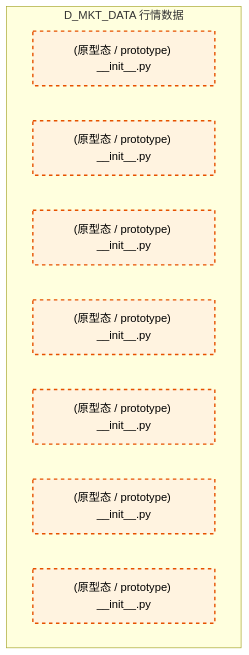
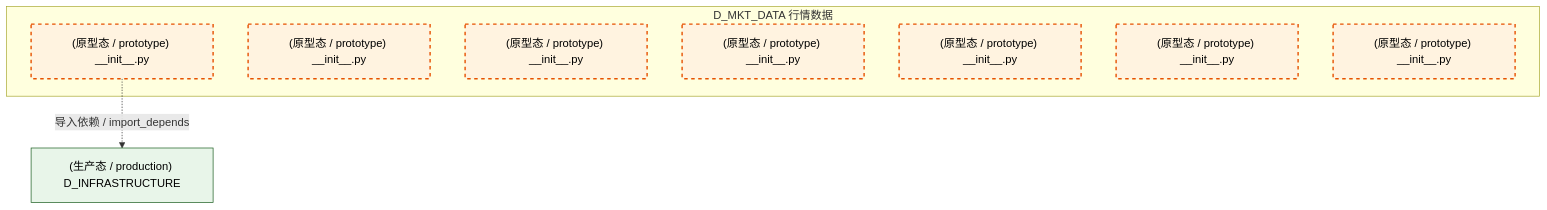
The third of 4 diagrams in docs/02_enterprise_architecture/02_domain_architecture_docs/20_d_mkt_data.md (xuanFelixVan/ZephyrAlpha), drawn with Mermaid before and after one commit. The commit also changed other lines of this file and 126 other files, not shown here.

````diff
--- a/docs/02_enterprise_architecture/02_domain_architecture_docs/20_d_mkt_data.md
+++ b/docs/02_enterprise_architecture/02_domain_architecture_docs/20_d_mkt_data.md
@@ -125,17 +122,20 @@
 ```mermaid
 graph TD
     subgraph D_MKT_DATA["D_MKT_DATA 行情数据"]
         src_zephyr_market_data_init_py["(原型态 / prototype) __init__.py"]
         src_zephyr_market_data_extensions_init_py["(原型态 / prototype) __init__.py"]
         src_zephyr_market_data_api_init_py["(原型态 / prototype) __init__.py"]
         src_zephyr_market_data_core_init_py["(原型态 / prototype) __init__.py"]
         src_zephyr_market_data_infrastructure_init_py["(原型态 / prototype) __init__.py"]
         src_zephyr_market_data_models_init_py["(原型态 / prototype) __init__.py"]
         src_zephyr_market_data_services_init_py["(原型态 / prototype) __init__.py"]
     end
+    D_INFRASTRUCTURE["(生产态 / production) D_INFRASTRUCTURE"]
+    src_zephyr_market_data_init_py -.->|导入依赖 / import_depends| D_INFRASTRUCTURE
     classDef production fill:#e1f5fe,stroke:#01579b,stroke-width:2px,color:#000
     classDef design fill:#fff3e0,stroke:#e65100,stroke-width:2px,color:#000,stroke-dasharray: 5 5
     classDef external_prod fill:#e8f5e9,stroke:#1b5e20,stroke-width:1px,color:#000
     classDef external_design fill:#fce4ec,stroke:#880e4f,stroke-width:1px,color:#000,stroke-dasharray: 5 5
     class src_zephyr_market_data_init_py,src_zephyr_market_data_extensions_init_py,src_zephyr_market_data_api_init_py,src_zephyr_market_data_core_init_py,src_zephyr_market_data_infrastructure_init_py,src_zephyr_market_data_models_init_py,src_zephyr_market_data_services_init_py design
+    class D_INFRASTRUCTURE external_prod
 ```
````
